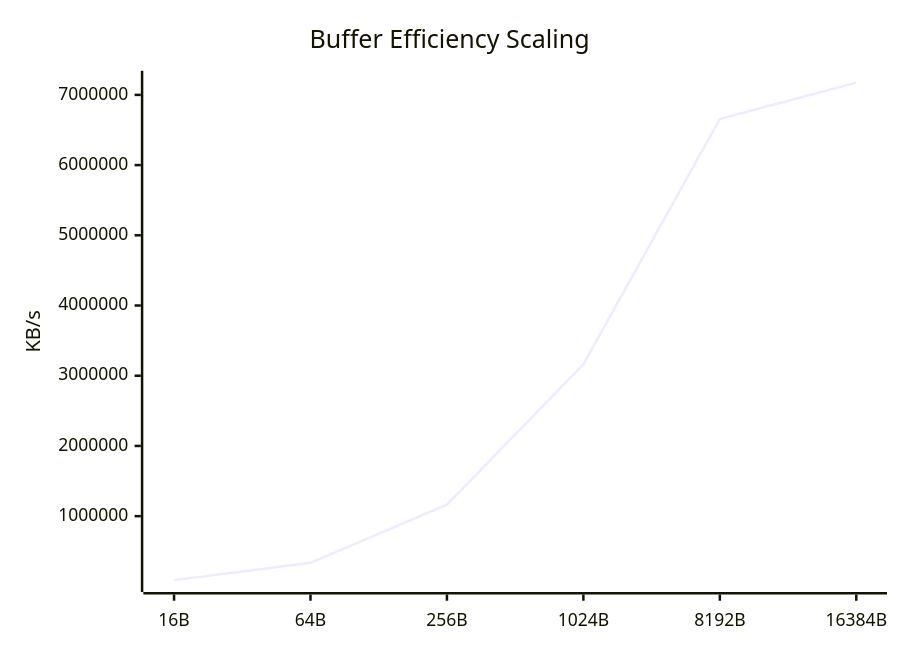
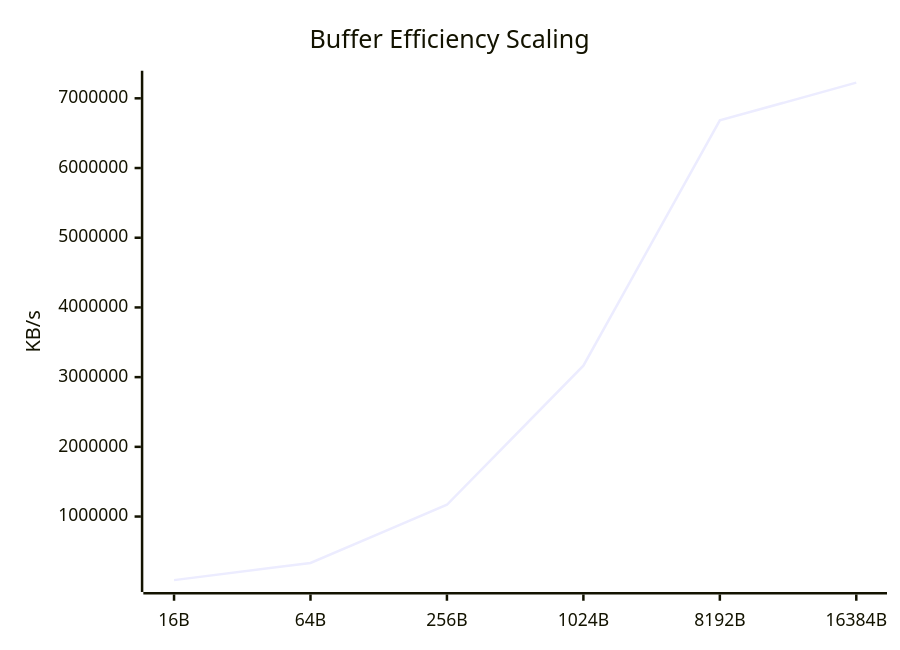
Before and after one commit to taha2samy/openssl_fips: the sixth of 9 diagrams in docs/Comparison_Report.md, drawn with Mermaid. The commit also changed other lines of this file and 3 other files, not shown here.

````diff
--- a/docs/Comparison_Report.md
+++ b/docs/Comparison_Report.md
@@ -102,7 +102,7 @@
 ```mermaid
 xychart-beta
     title "Buffer Efficiency Scaling"
     x-axis [16B, 64B, 256B, 1024B, 8192B, 16384B]
     y-axis "KB/s"
-    line [88823.35, 334763.42, 1163794.56, 3162028.54, 6656774.14, 7174545.41]
+    line [87810.33, 333910.59, 1169013.12, 3164264.45, 6683385.86, 7225171.97]
 ```
````
